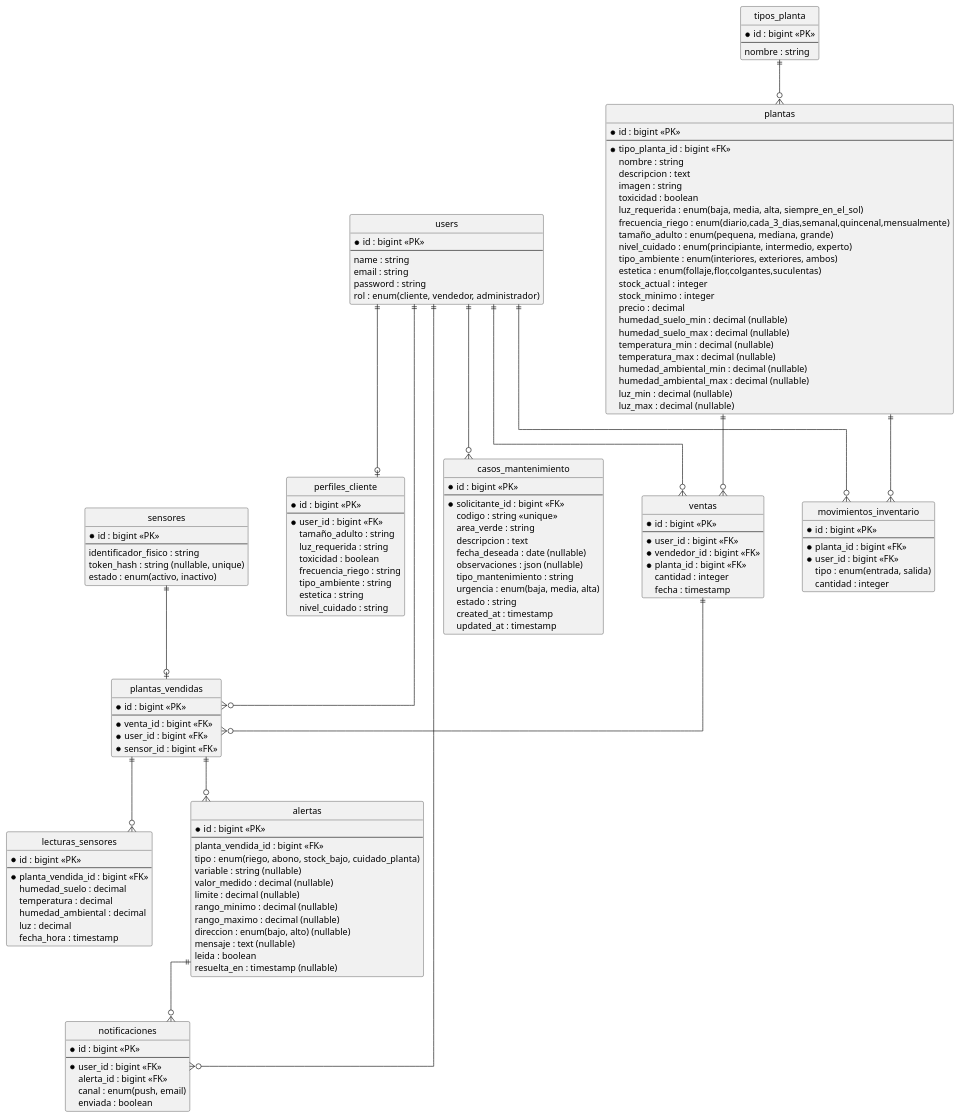
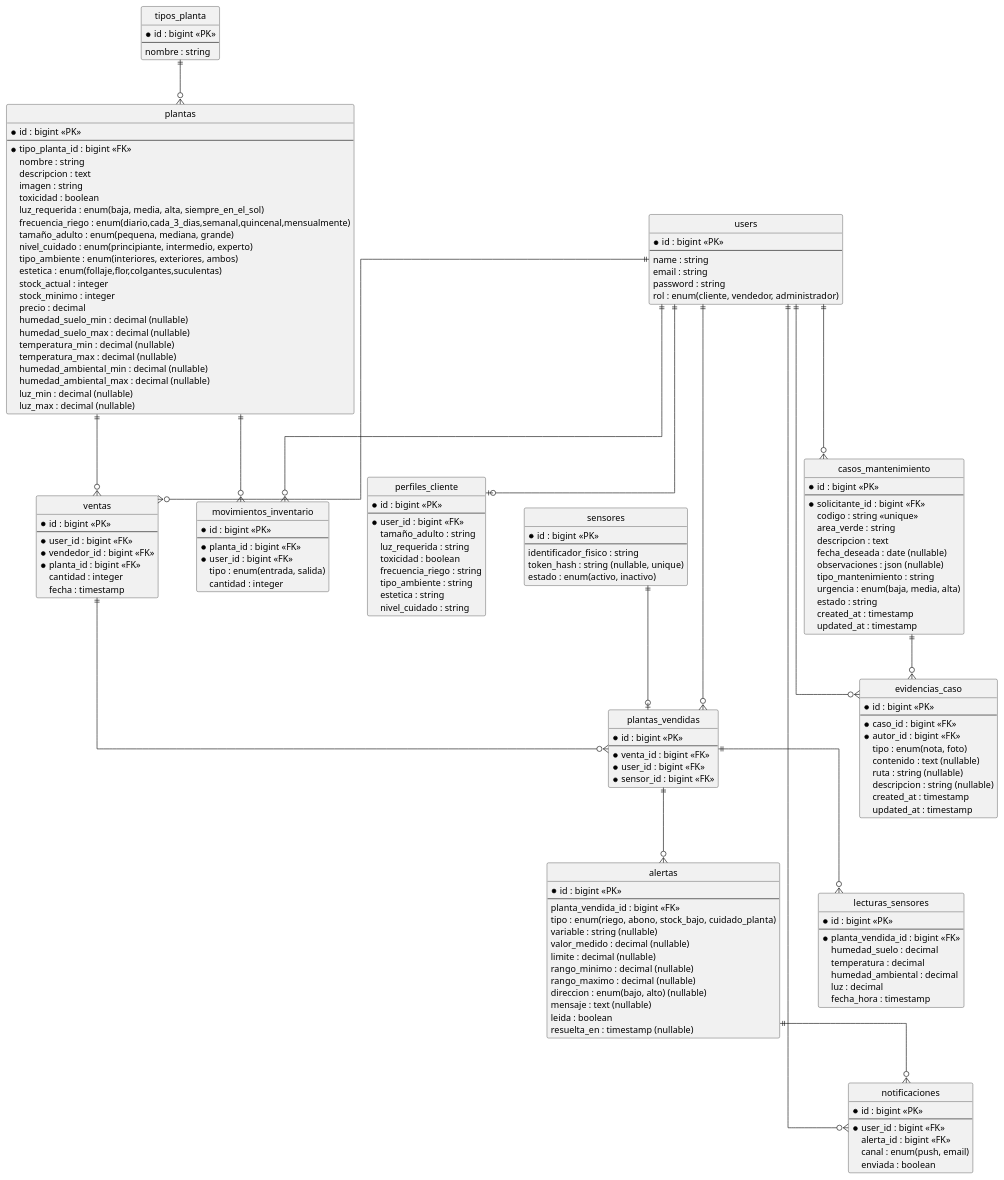
Before and after one commit to Jose-76825708/Adaptia: the diagram in docs/modelo-bd.md, drawn with PlantUML. The commit also changed 8 other files, not shown here.

```diff
--- a/docs/modelo-bd.md
+++ b/docs/modelo-bd.md
@@ -75,6 +75,19 @@
   tipo_mantenimiento : string
   urgencia : enum(baja, media, alta)
   estado : string
+  created_at : timestamp
+  updated_at : timestamp
+}
+
+entity "evidencias_caso" as evidencias_caso {
+  * id : bigint <<PK>>
+  --
+  * caso_id : bigint <<FK>>
+  * autor_id : bigint <<FK>>
+  tipo : enum(nota, foto)
+  contenido : text (nullable)
+  ruta : string (nullable)
+  descripcion : string (nullable)
   created_at : timestamp
   updated_at : timestamp
 }
@@ -158,6 +171,8 @@
 tipos_planta ||--o{ plantas
 
 users ||--o{ casos_mantenimiento
+casos_mantenimiento ||--o{ evidencias_caso
+users ||--o{ evidencias_caso
 
 users ||--o{ ventas
 plantas ||--o{ ventas
```
